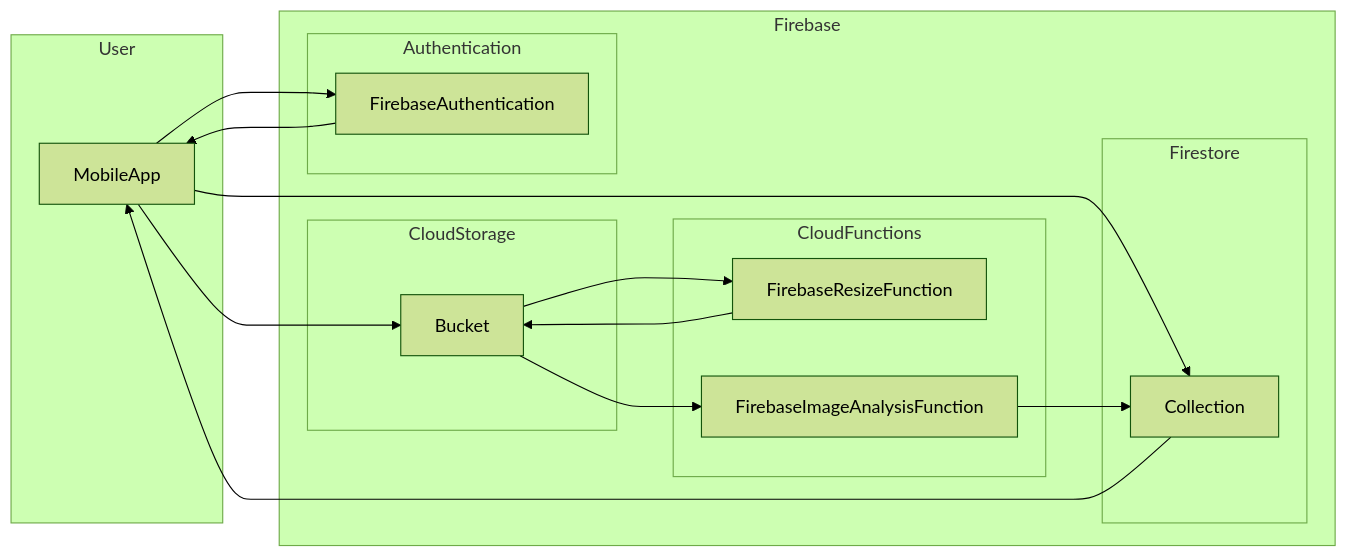
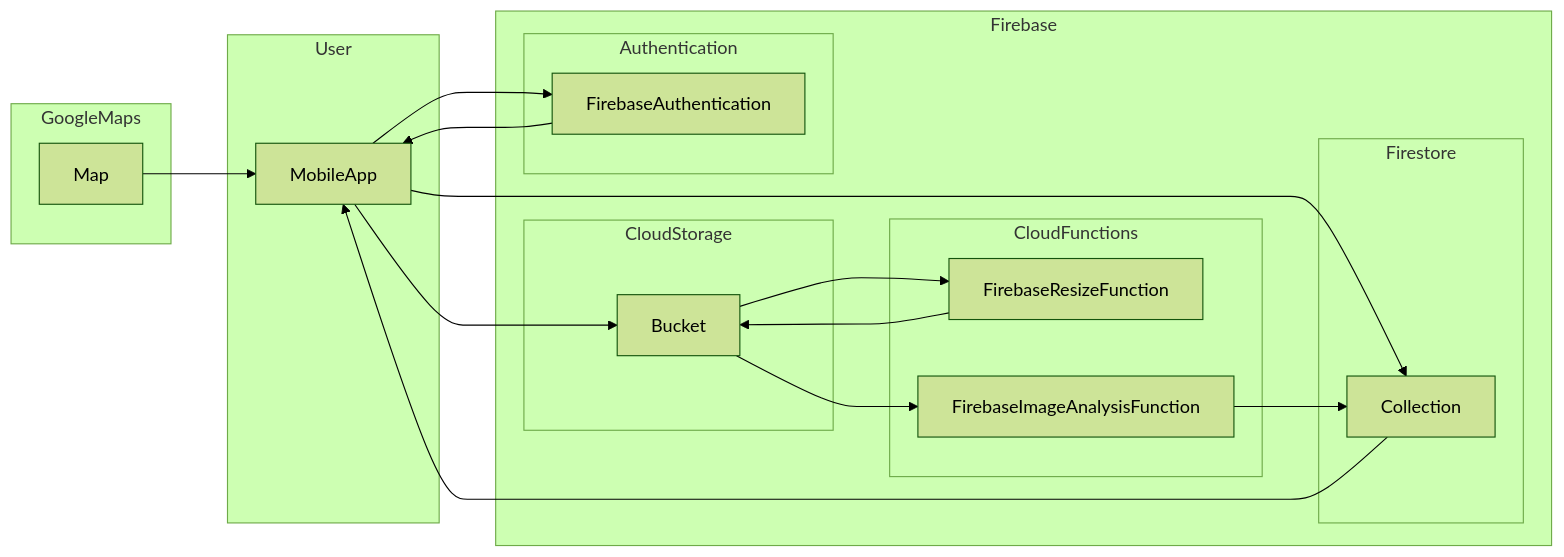
One commit to zorrokid/nature-photos changed the diagram in README.md. Above: the diagram before and after it, drawn with Mermaid (forest theme).

Commit message:
update architecture diagram

````diff
--- a/README.md
+++ b/README.md
@@ -19,35 +19,40 @@
 ```mermaid
 graph LR
 
   subgraph User
     MobileApp
+  end
+
+  subgraph GoogleMaps
+    Map
   end
 
   subgraph Firebase
     subgraph CloudStorage
        Bucket 
     end
     subgraph Firestore
        Collection 
     end
 
     subgraph CloudFunctions
       FirebaseResizeFunction
       FirebaseImageAnalysisFunction
     end
 
     subgraph Authentication
       FirebaseAuthentication
     end
   end
 
   MobileApp --> Bucket 
   Collection --> MobileApp 
   MobileApp --> Collection
   MobileApp --> FirebaseAuthentication
+  Map --> MobileApp
   FirebaseAuthentication --> MobileApp
   Bucket --> FirebaseResizeFunction
   FirebaseResizeFunction --> Bucket 
   Bucket --> FirebaseImageAnalysisFunction
   FirebaseImageAnalysisFunction --> Collection 
 ```
````
